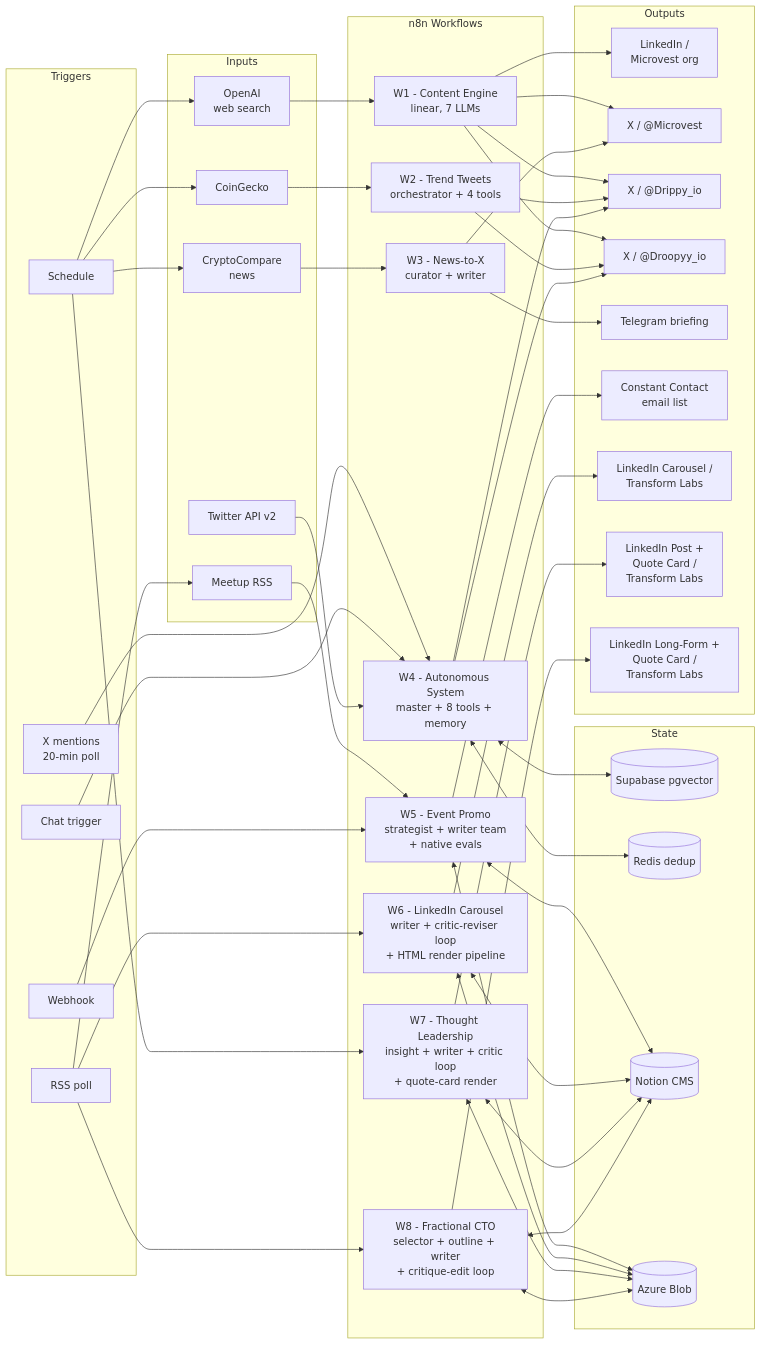
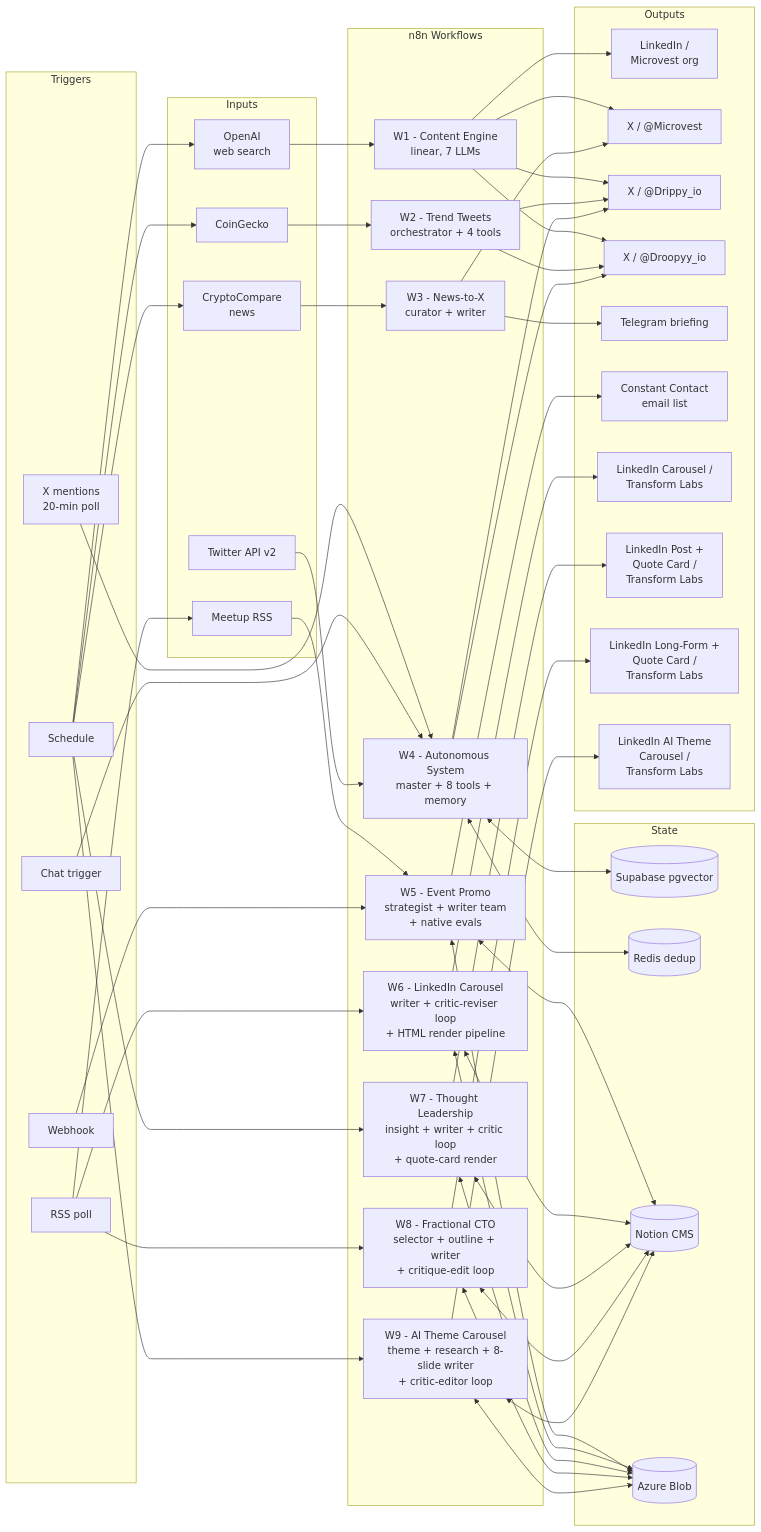
One commit to Talonsturgill/Automations changed the diagram in README.md. Above: the diagram before and after it, drawn with Mermaid. The commit also changed other lines of this file and 2 other files, not shown here.

First line of the commit message:
Document W9 — AI Transformation Carousel Engine (#5)

````diff
--- a/README.md
+++ b/README.md
@@ -73,6 +77,7 @@
         W6["W6 - LinkedIn Carousel<br/>writer + critic-reviser loop<br/>+ HTML render pipeline"]
         W7["W7 - Thought Leadership<br/>insight + writer + critic loop<br/>+ quote-card render"]
         W8["W8 - Fractional CTO<br/>selector + outline + writer<br/>+ critique-edit loop"]
+        W9["W9 - AI Theme Carousel<br/>theme + research + 8-slide writer<br/>+ critic-editor loop"]
     end
 
     subgraph memory["State"]
@@ -92,6 +97,7 @@
         LC["LinkedIn Carousel /<br/>Transform Labs"]
         LT["LinkedIn Post +<br/>Quote Card /<br/>Transform Labs"]
         LF["LinkedIn Long-Form +<br/>Quote Card /<br/>Transform Labs"]
+        LA["LinkedIn AI Theme<br/>Carousel /<br/>Transform Labs"]
     end
 
     S1 --> WEB
@@ -133,4 +139,8 @@
     W8 <--> NOT
     W8 <--> BLOB
     W8 --> LF
+    S1 --> W9
+    W9 <--> NOT
+    W9 <--> BLOB
+    W9 --> LA
 ```
````
